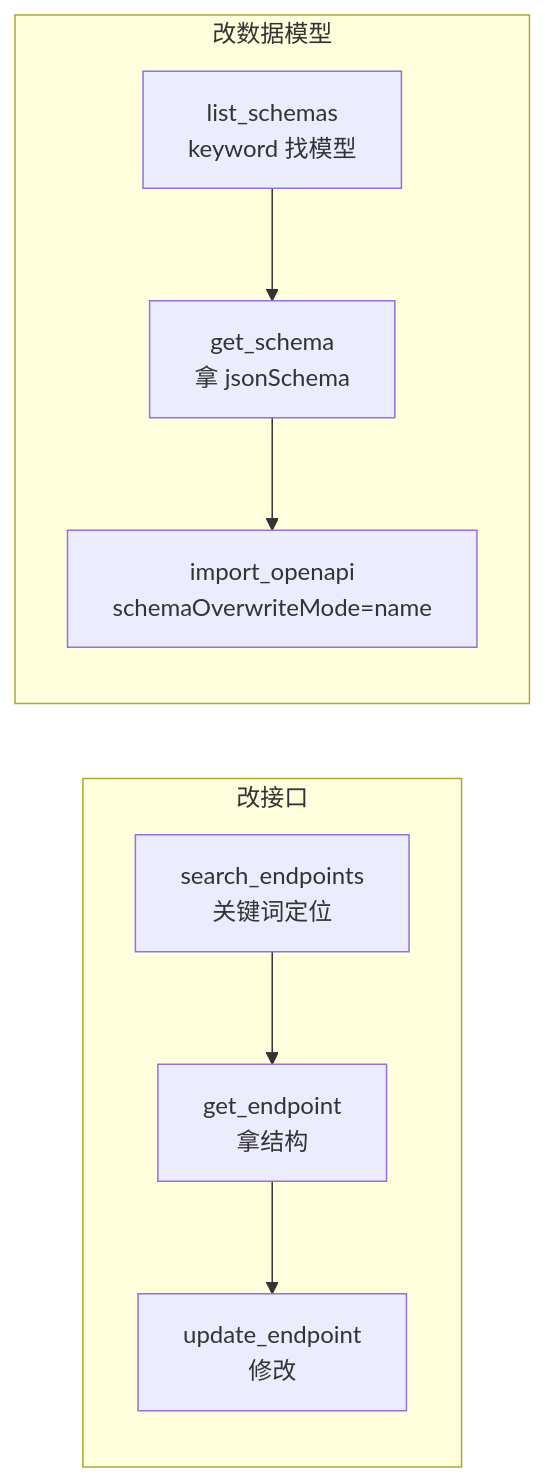
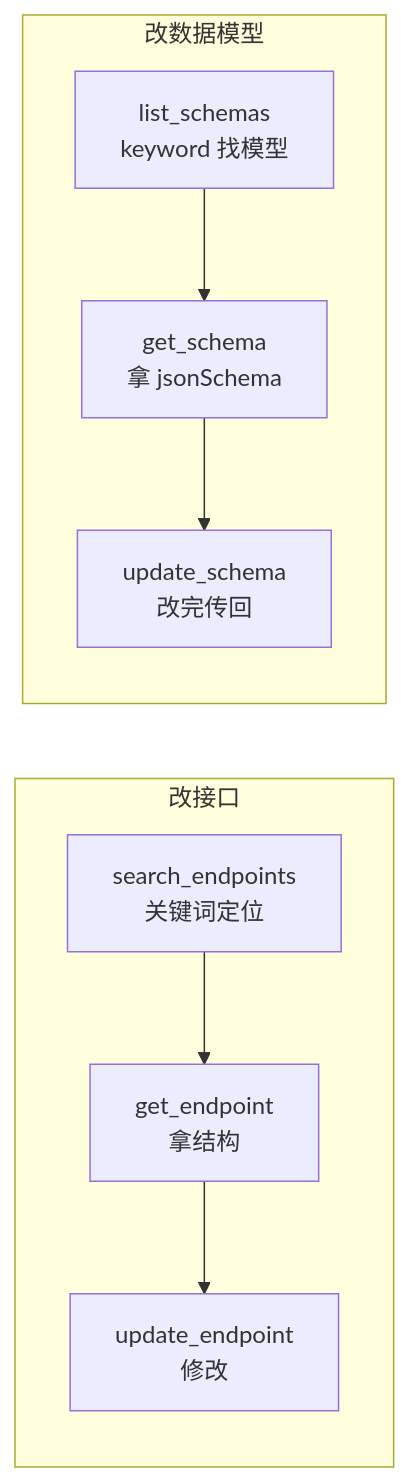
Before and after one commit to lingpfeng1-ux/apifox-mcp-server: the diagram in README.md, drawn with Mermaid. The commit also changed other lines of this file and 7 other files, not shown here.

First line of the commit message:
feat: 提效 + 防误删(create/update_schema 封装、folderName 自动解析、delete 预览)

````diff
--- a/README.md
+++ b/README.md
@@ -94,9 +96,9 @@
 ```mermaid
 flowchart LR
   subgraph 改接口
     A[search_endpoints<br/>关键词定位] --> B[get_endpoint<br/>拿结构] --> C[update_endpoint<br/>修改]
   end
   subgraph 改数据模型
-    D[list_schemas<br/>keyword 找模型] --> E[get_schema<br/>拿 jsonSchema] --> F[import_openapi<br/>schemaOverwriteMode=name]
+    D[list_schemas<br/>keyword 找模型] --> E[get_schema<br/>拿 jsonSchema] --> F[update_schema<br/>改完传回]
   end
 ```
````
